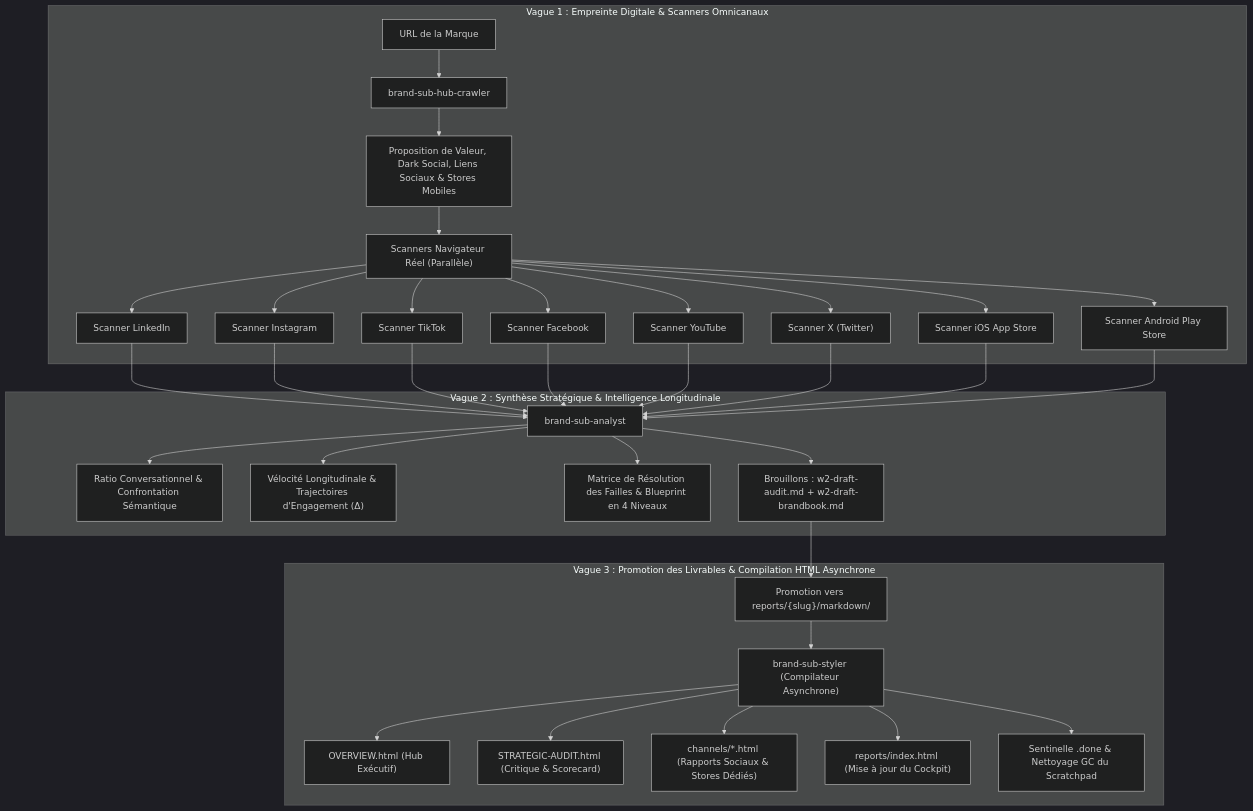
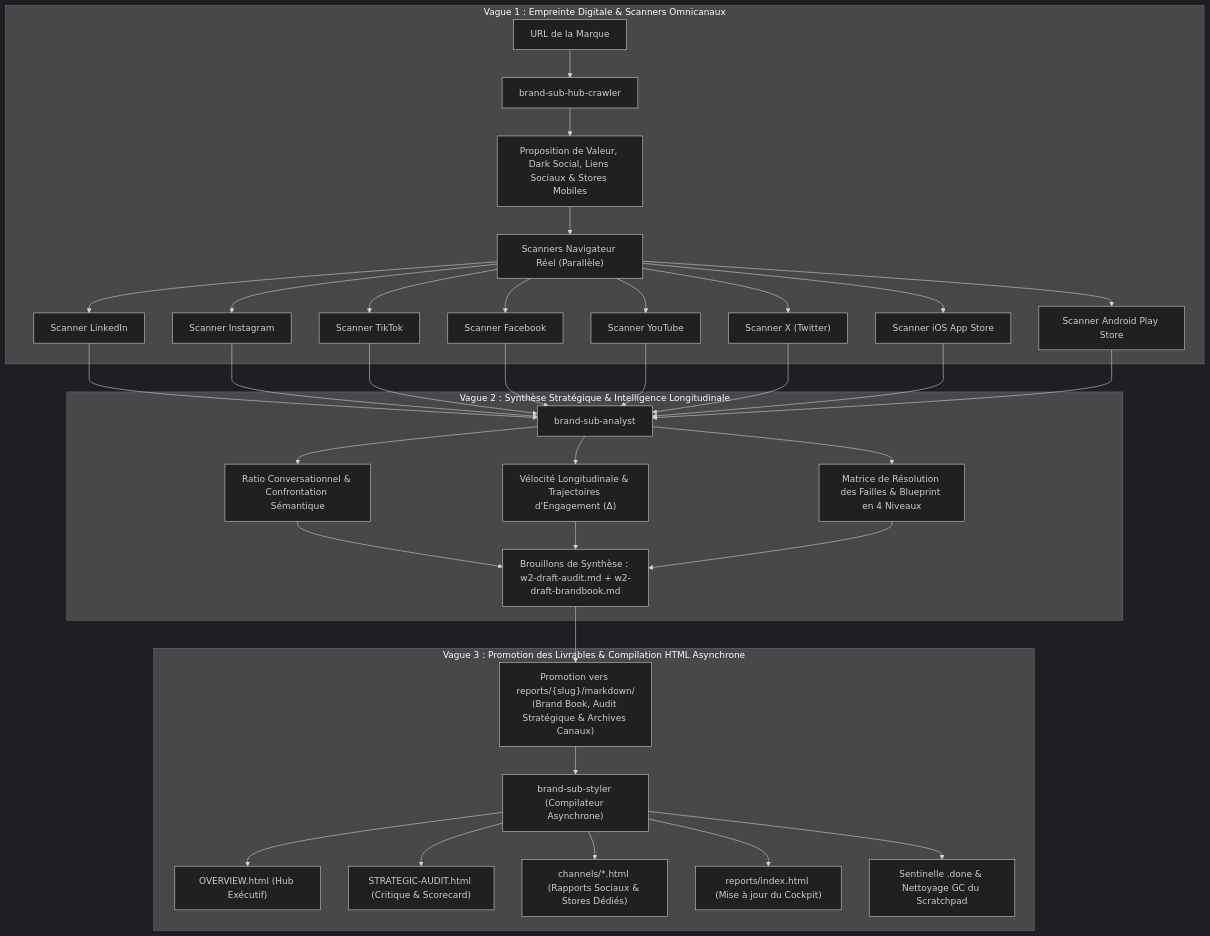
One commit to nicolasvd/brand-agents-agy changed the diagram in README.fr.md. Above: the diagram before and after it, drawn with Mermaid (dark theme). The commit also changed 1 other file, not shown here.

Commit message:
docs: clarify Wave 2 synthesis funnel and deliverable promotion in Mermaid diagrams

````diff
--- a/README.fr.md
+++ b/README.fr.md
@@ -46,34 +46,34 @@
 ```mermaid
 flowchart TD
     subgraph Wave1["Vague 1 : Empreinte Digitale & Scanners Omnicanaux"]
         A["URL de la Marque"] --> B["brand-sub-hub-crawler"]
         B --> C["Proposition de Valeur, Dark Social, Liens Sociaux & Stores Mobiles"]
         C --> D["Scanners Navigateur Réel (Parallèle)"]
         D --> D1["Scanner LinkedIn"]
         D --> D2["Scanner Instagram"]
         D --> D3["Scanner TikTok"]
         D --> D4["Scanner Facebook"]
         D --> D5["Scanner YouTube"]
         D --> D6["Scanner X (Twitter)"]
         D --> D7["Scanner iOS App Store"]
         D --> D8["Scanner Android Play Store"]
     end
 
     subgraph Wave2["Vague 2 : Synthèse Stratégique & Intelligence Longitudinale"]
         D1 & D2 & D3 & D4 & D5 & D6 & D7 & D8 --> E["brand-sub-analyst"]
         E --> F["Ratio Conversationnel & Confrontation Sémantique"]
         E --> G["Vélocité Longitudinale & Trajectoires d'Engagement (Δ)"]
         E --> H["Matrice de Résolution des Failles & Blueprint en 4 Niveaux"]
-        E --> I["Brouillons : w2-draft-audit.md + w2-draft-brandbook.md"]
+        F & G & H --> I["Brouillons de Synthèse : w2-draft-audit.md + w2-draft-brandbook.md"]
     end
 
     subgraph Wave3["Vague 3 : Promotion des Livrables & Compilation HTML Asynchrone"]
-        I --> J["Promotion vers reports/{slug}/markdown/"]
+        I --> J["Promotion vers reports/{slug}/markdown/<br/>(Brand Book, Audit Stratégique & Archives Canaux)"]
         J --> K["brand-sub-styler (Compilateur Asynchrone)"]
         K --> L["OVERVIEW.html (Hub Exécutif)"]
         K --> M["STRATEGIC-AUDIT.html (Critique & Scorecard)"]
         K --> N["channels/*.html (Rapports Sociaux & Stores Dédiés)"]
         K --> O["reports/index.html (Mise à jour du Cockpit)"]
         K --> P["Sentinelle .done & Nettoyage GC du Scratchpad"]
     end
 ```
````
